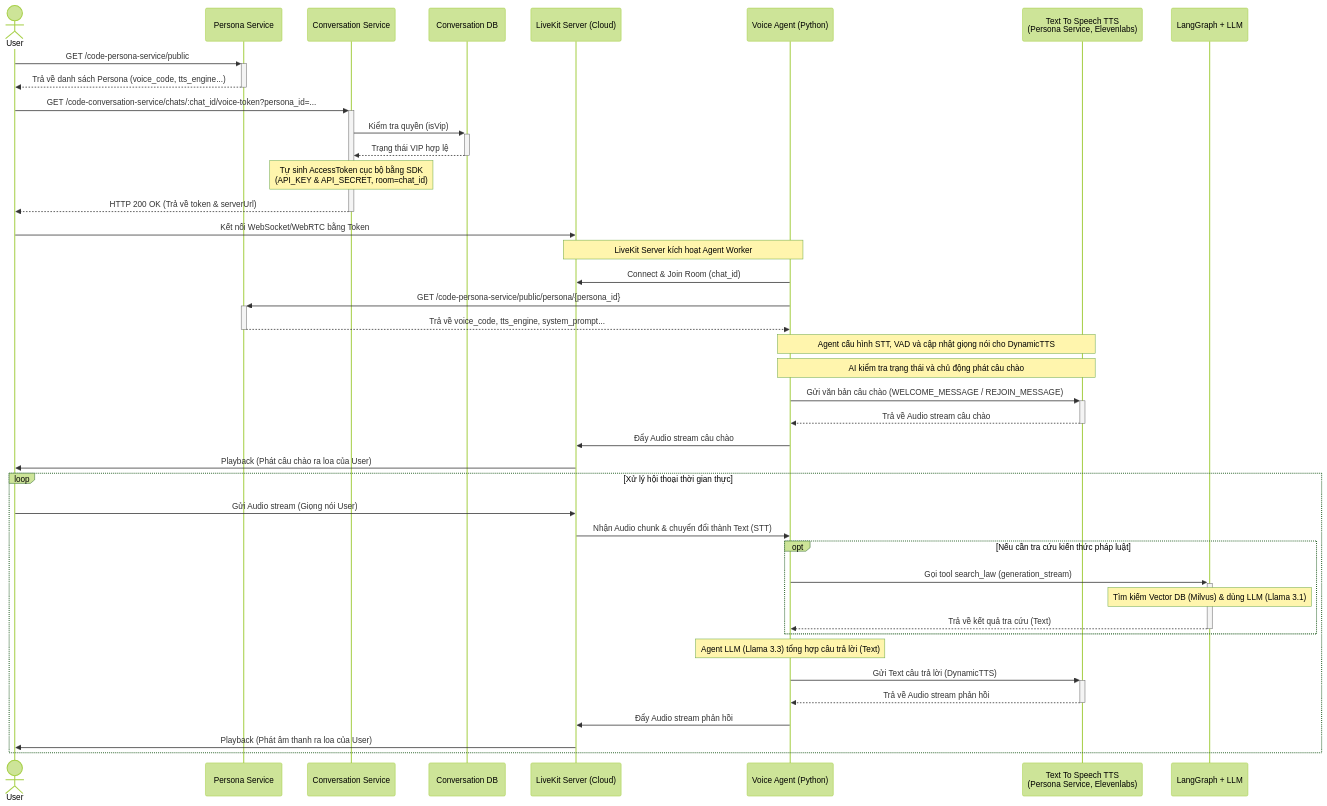
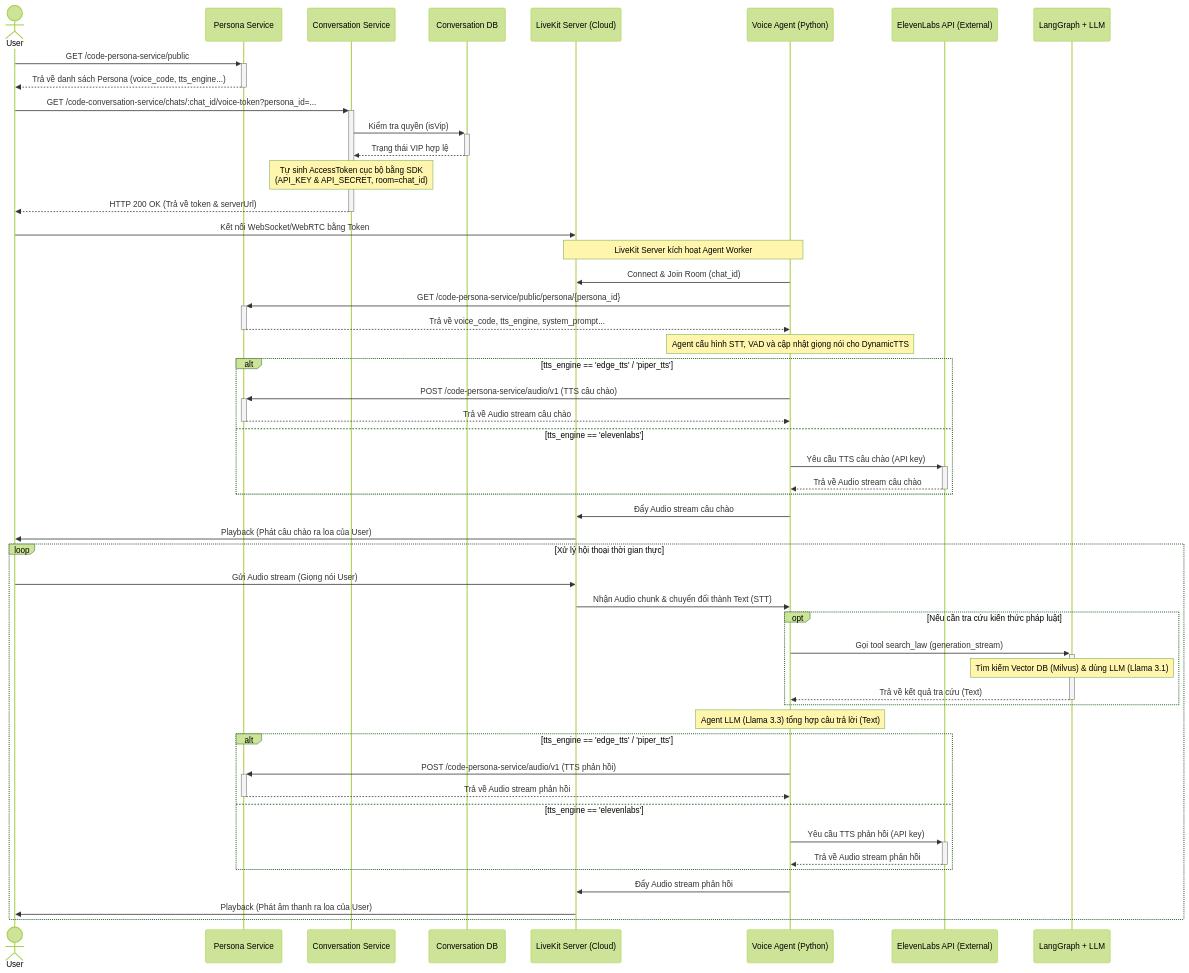
One commit to 20206205Tech/docs-markdown changed the diagram in docs/1. Tổng quan đề tài/1.3. Bài toán nghiệp vụ/sequence/voice.mmd. Above: the diagram before and after it, drawn with Mermaid (forest theme). The commit also changed 1 other file, not shown here.

```diff
--- a/docs/1. Tổng quan đề tài/1.3. Bài toán nghiệp vụ/sequence/voice.mmd
+++ b/docs/1. Tổng quan đề tài/1.3. Bài toán nghiệp vụ/sequence/voice.mmd
@@ -1,64 +1,91 @@
+
+
+
+
+
+
+
+
+
+
+
+
+
+
+
 
 sequenceDiagram
     actor User
     participant Persona as Persona Service
     participant Conv as Conversation Service
     participant ConvDB as Conversation DB
     participant LiveKit as LiveKit Server (Cloud)
     participant Agent as Voice Agent (Python)
-    participant PersonaAudio as Text To Speech TTS<br>(Persona Service, Elevenlabs)
+    participant ElevenLabs as ElevenLabs API (External)
     participant RAG as LangGraph + LLM
 
     %% Giai đoạn 1: Chuẩn bị thông tin và khởi tạo
     User->>+Persona: GET /code-persona-service/public
     Persona-->>-User: Trả về danh sách Persona (voice_code, tts_engine...)
 
     User->>+Conv: GET /code-conversation-service/chats/:chat_id/voice-token?persona_id=...
 
     %% Kiểm tra quyền
     Conv->>+ConvDB: Kiểm tra quyền (isVip)
     ConvDB-->>-Conv: Trạng thái VIP hợp lệ
 
     %% Cấp phát Token từ LiveKit
     Note over Conv: Tự sinh AccessToken cục bộ bằng SDK<br>(API_KEY & API_SECRET, room=chat_id)
 
     Conv-->>-User: HTTP 200 OK (Trả về token & serverUrl)
 
     %% Giai đoạn 2: Thiết lập kết nối Real-time
     User->>LiveKit: Kết nối WebSocket/WebRTC bằng Token
 
     %% Agent tham gia phòng
     Note over Agent, LiveKit: LiveKit Server kích hoạt Agent Worker
     Agent->>LiveKit: Connect & Join Room (chat_id)
 
     %% Giai đoạn 3: Tải ngữ cảnh, cấu hình và Chủ động chào
     Agent->>+Persona: GET /code-persona-service/public/persona/{persona_id}
     Persona-->>-Agent: Trả về voice_code, tts_engine, system_prompt...
 
-    Note over Agent, PersonaAudio: Agent cấu hình STT, VAD và cập nhật giọng nói cho DynamicTTS
+    Note over Agent: Agent cấu hình STT, VAD và cập nhật giọng nói cho DynamicTTS
 
     %% AI CHỦ ĐỘNG CHÀO USER
-    Note over Agent, PersonaAudio: AI kiểm tra trạng thái và chủ động phát câu chào
-    Agent->>+PersonaAudio: Gửi văn bản câu chào (WELCOME_MESSAGE / REJOIN_MESSAGE)
-    PersonaAudio-->>-Agent: Trả về Audio stream câu chào
+    alt tts_engine == 'edge_tts' / 'piper_tts'
+        Agent->>+Persona: POST /code-persona-service/audio/v1 (TTS câu chào)
+        Persona-->>-Agent: Trả về Audio stream câu chào
+    else tts_engine == 'elevenlabs'
+        Agent->>+ElevenLabs: Yêu cầu TTS câu chào (API key)
+        ElevenLabs-->>-Agent: Trả về Audio stream câu chào
+    end
+
     Agent->>LiveKit: Đẩy Audio stream câu chào
     LiveKit->>User: Playback (Phát câu chào ra loa của User)
 
     %% Giai đoạn 4: Quá trình đàm thoại & RAG
     loop Xử lý hội thoại thời gian thực
         User->>LiveKit: Gửi Audio stream (Giọng nói User)
         LiveKit->>Agent: Nhận Audio chunk & chuyển đổi thành Text (STT)
 
         opt Nếu cần tra cứu kiến thức pháp luật
             Agent->>+RAG: Gọi tool search_law (generation_stream)
             Note over RAG: Tìm kiếm Vector DB (Milvus) & dùng LLM (Llama 3.1)
             RAG-->>-Agent: Trả về kết quả tra cứu (Text)
         end
 
         Note over Agent: Agent LLM (Llama 3.3) tổng hợp câu trả lời (Text)
-        Agent->>+PersonaAudio: Gửi Text câu trả lời (DynamicTTS)
-        PersonaAudio-->>-Agent: Trả về Audio stream phản hồi
+
+        %% TTS phản hồi
+        alt tts_engine == 'edge_tts' / 'piper_tts'
+            Agent->>+Persona: POST /code-persona-service/audio/v1 (TTS phản hồi)
+            Persona-->>-Agent: Trả về Audio stream phản hồi
+        else tts_engine == 'elevenlabs'
+            Agent->>+ElevenLabs: Yêu cầu TTS phản hồi (API key)
+            ElevenLabs-->>-Agent: Trả về Audio stream phản hồi
+        end
 
         Agent->>LiveKit: Đẩy Audio stream phản hồi
         LiveKit->>User: Playback (Phát âm thanh ra loa của User)
     end
```
